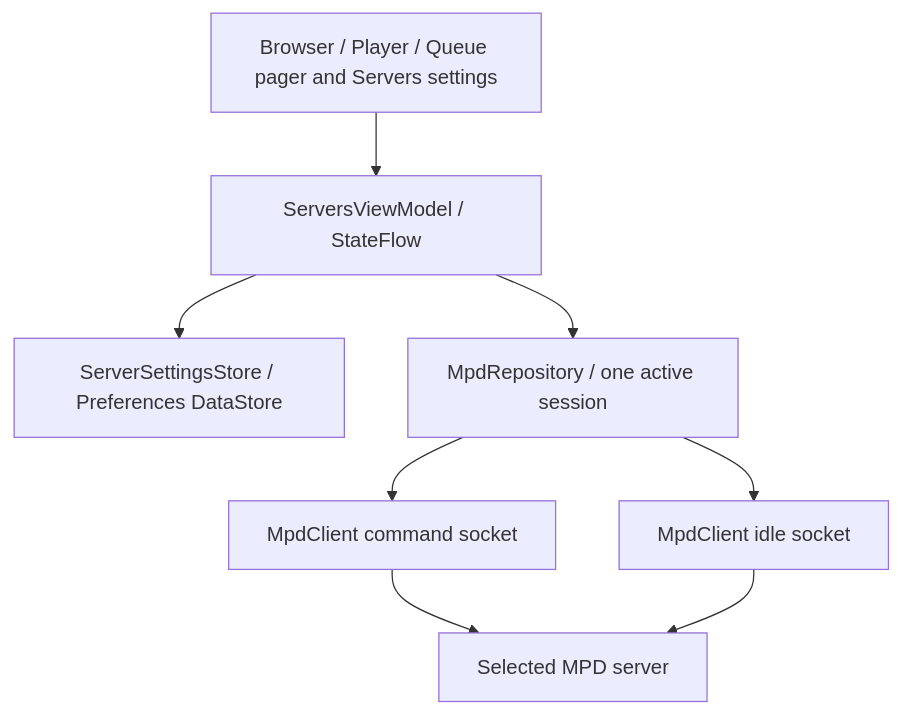
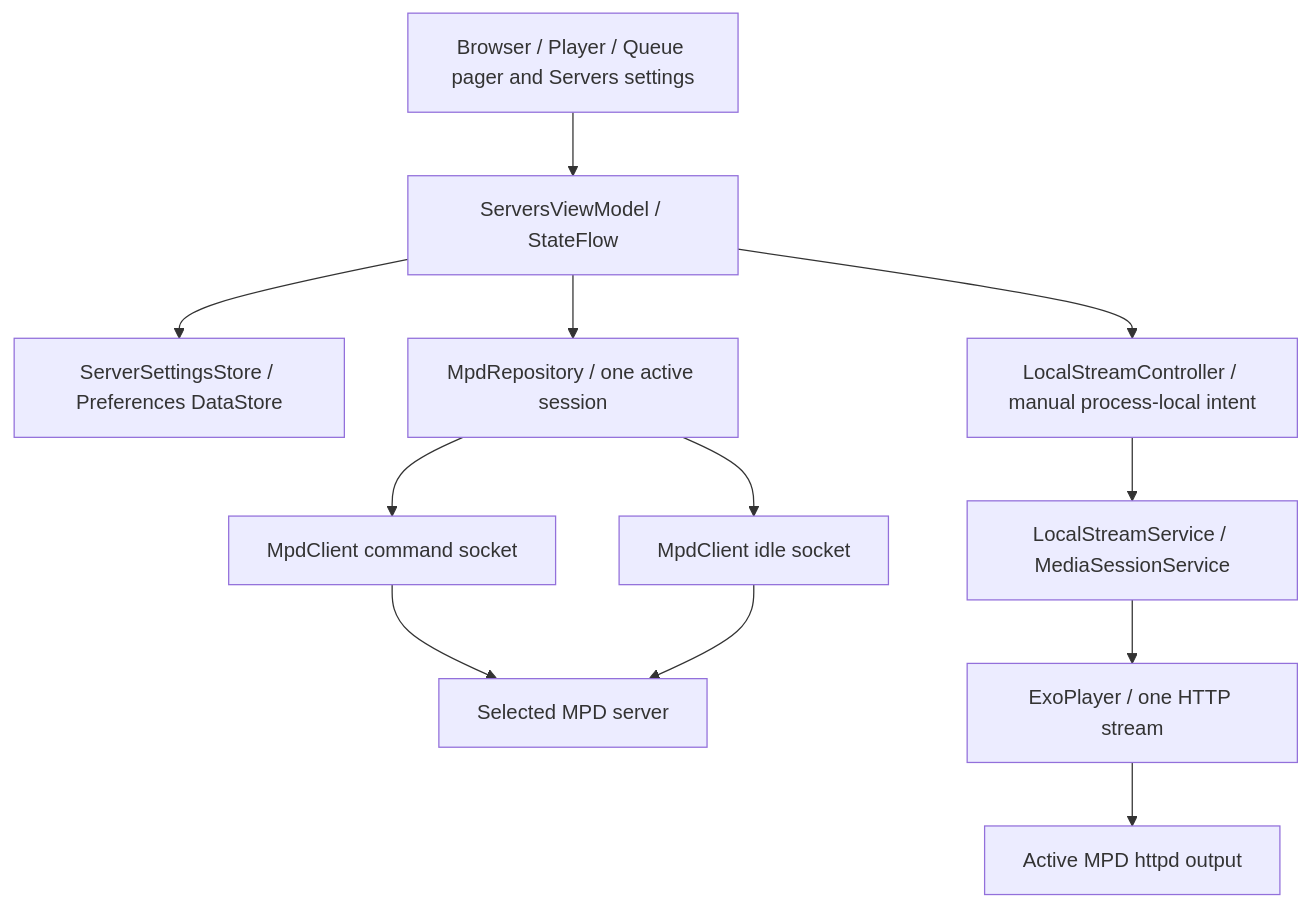
The diagram in docs/ARCHITECTURE.md (jschbe/SimpleMPDPlayer), drawn with Mermaid before and after one commit. The commit also changed other lines of this file and 23 other files, not shown here.

Commit message:
feat: add MPD HTTP audio streaming (M4)

````diff
--- a/docs/ARCHITECTURE.md
+++ b/docs/ARCHITECTURE.md
@@ -20,10 +21,14 @@
 ```mermaid
 flowchart TD
     UI[Browser / Player / Queue pager and Servers settings] --> VM[ServersViewModel / StateFlow]
     VM --> STORE[ServerSettingsStore / Preferences DataStore]
     VM --> REPO[MpdRepository / one active session]
     REPO --> CMD[MpdClient command socket]
     REPO --> IDLE[MpdClient idle socket]
     CMD --> MPD[Selected MPD server]
     IDLE --> MPD
+    VM --> LOCAL[LocalStreamController / manual process-local intent]
+    LOCAL --> SERVICE[LocalStreamService / MediaSessionService]
+    SERVICE --> EXO[ExoPlayer / one HTTP stream]
+    EXO --> HTTP[Active MPD httpd output]
 ```
````
